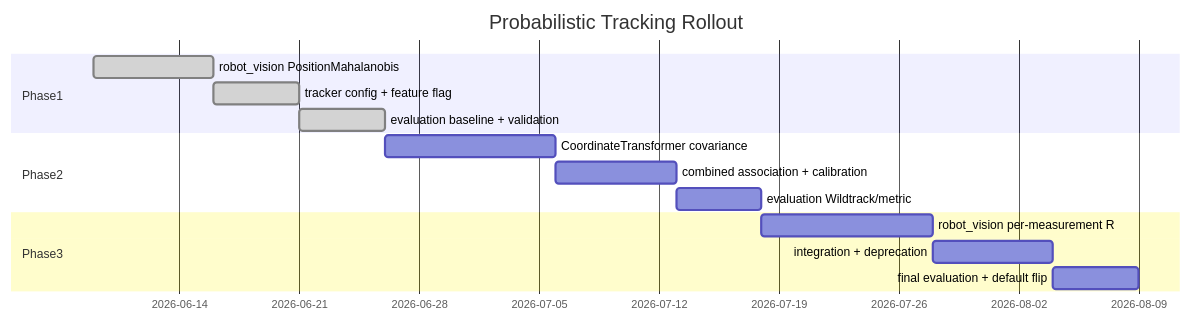
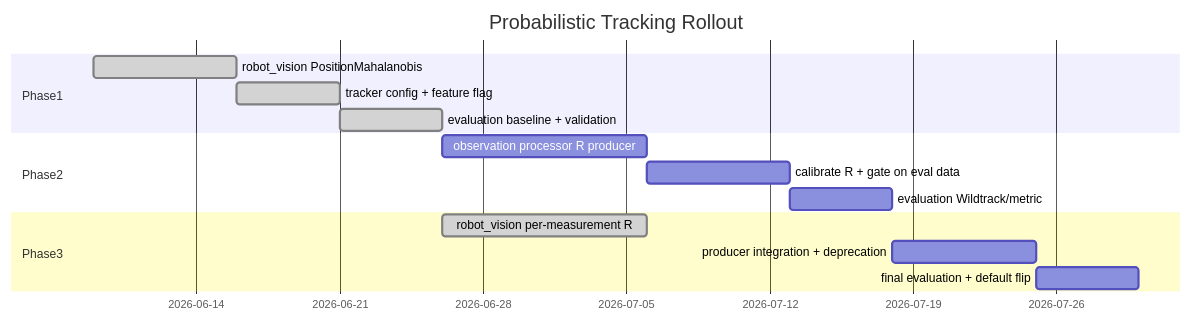
One commit to open-edge-platform/scenescape changed the diagram in .github/plans/plan-probabilistic-tracking.md. Above: the diagram before and after it, drawn with Mermaid. The commit also changed other lines of this file and 454 other files, not shown here.

````diff
--- a/.github/plans/plan-probabilistic-tracking.md
+++ b/.github/plans/plan-probabilistic-tracking.md
@@ -170,17 +324,17 @@
 ```mermaid
 gantt
     title Probabilistic Tracking Rollout
     dateFormat YYYY-MM-DD
     section Phase1
     robot_vision PositionMahalanobis     :done, p1a, 2026-06-09, 7d
     tracker config + feature flag        :done, p1b, after p1a, 5d
     evaluation baseline + validation     :done, p1c, after p1b, 5d
     section Phase2
-    CoordinateTransformer covariance     :p2a, after p1c, 10d
-    combined association + calibration   :p2b, after p2a, 7d
+    observation processor R producer     :p2a, after p1c, 10d
+    calibrate R + gate on eval data      :p2b, after p2a, 7d
     evaluation Wildtrack/metric          :p2c, after p2b, 5d
     section Phase3
-    robot_vision per-measurement R       :p3a, after p2c, 10d
-    integration + deprecation            :p3b, after p3a, 7d
+    robot_vision per-measurement R       :done, p3a, after p1c, 10d
+    producer integration + deprecation   :p3b, after p2c, 7d
     final evaluation + default flip      :p3c, after p3b, 5d
 ```
````
